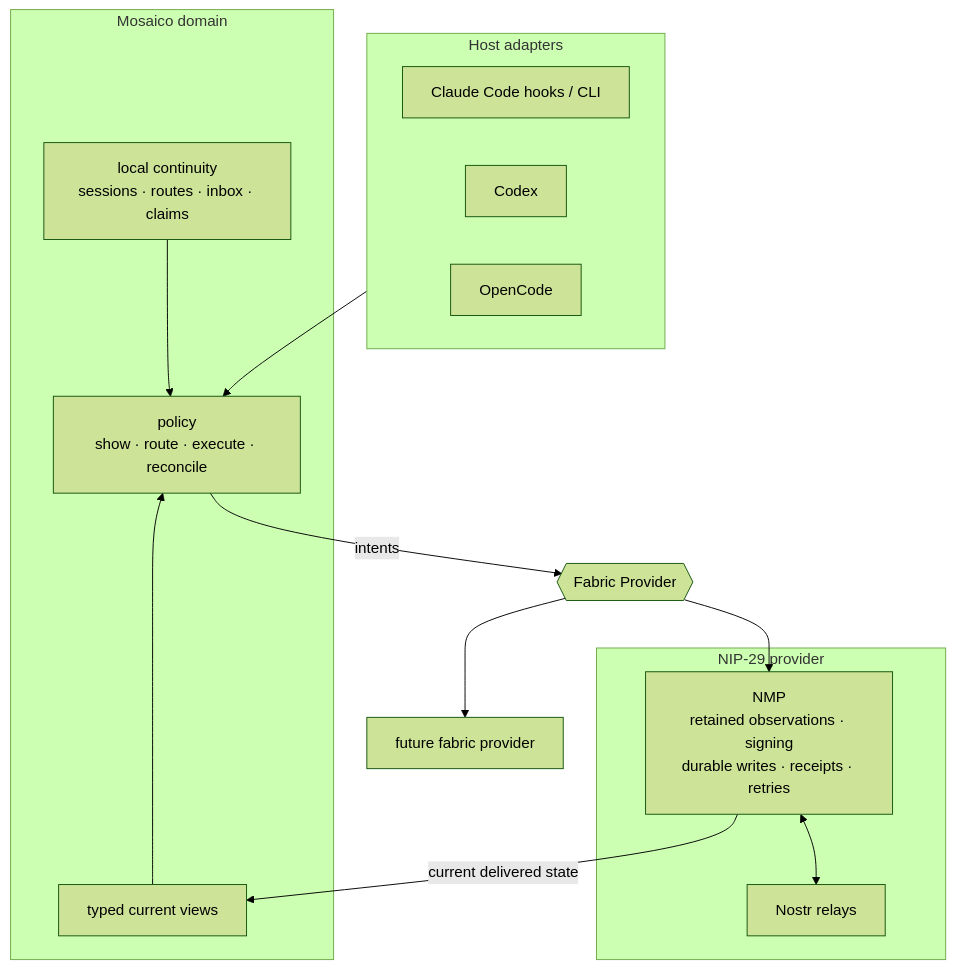
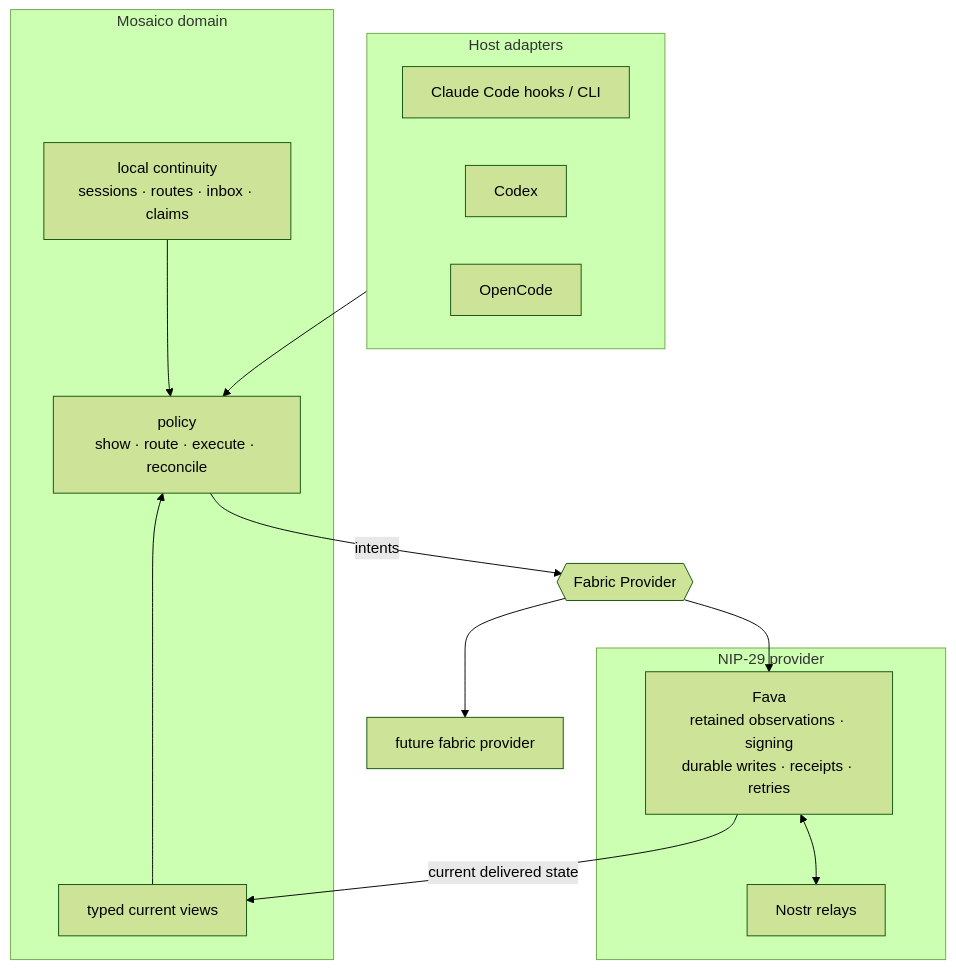
Before and after one commit to pablof7z/mosaico: the first of 3 diagrams in docs/fabric-architecture.md, drawn with Mermaid (forest theme). The commit also changed other lines of this file and 446 other files, not shown here.

````diff
--- a/docs/fabric-architecture.md
+++ b/docs/fabric-architecture.md
@@ -18,32 +18,32 @@
 ```mermaid
 flowchart TD
     subgraph HOST["Host adapters"]
         H1["Claude Code hooks / CLI"]
         H2["Codex"]
         H3["OpenCode"]
     end
 
     subgraph DOMAIN["Mosaico domain"]
         POLICY["policy<br/>show · route · execute · reconcile"]
         LOCAL["local continuity<br/>sessions · routes · inbox · claims"]
         VIEWS["typed current views"]
     end
 
     SEAM{{"Fabric Provider"}}
 
     subgraph NIP29["NIP-29 provider"]
-        NMP["NMP<br/>retained observations · signing<br/>durable writes · receipts · retries"]
+        Fava["Fava<br/>retained observations · signing<br/>durable writes · receipts · retries"]
         RELAYS["Nostr relays"]
-        NMP <--> RELAYS
+        Fava <--> RELAYS
     end
 
     FUTURE["future fabric provider"]
 
     HOST --> POLICY
     LOCAL --> POLICY
     VIEWS --> POLICY
     POLICY -- intents --> SEAM
-    SEAM --> NMP
+    SEAM --> Fava
     SEAM --> FUTURE
-    NMP -- current delivered state --> VIEWS
+    Fava -- current delivered state --> VIEWS
 ```
````
